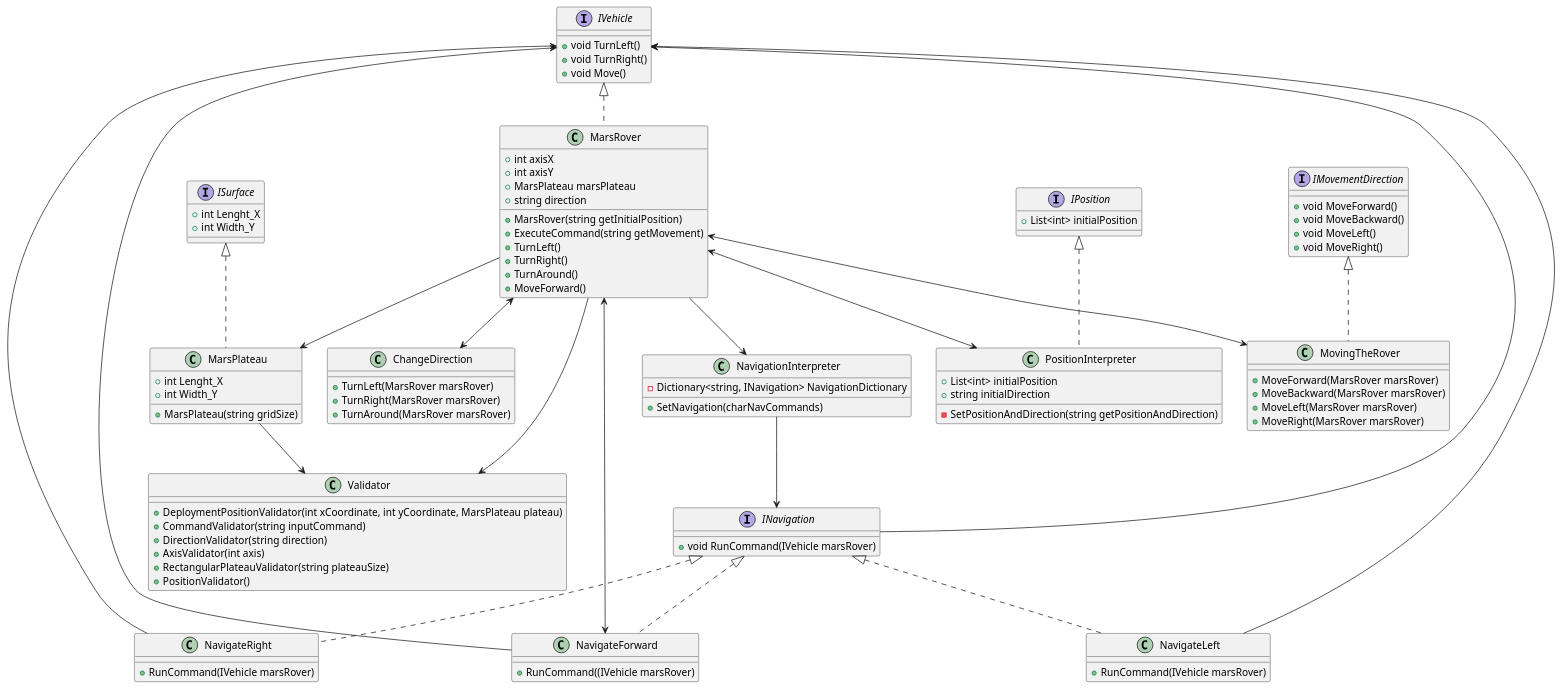
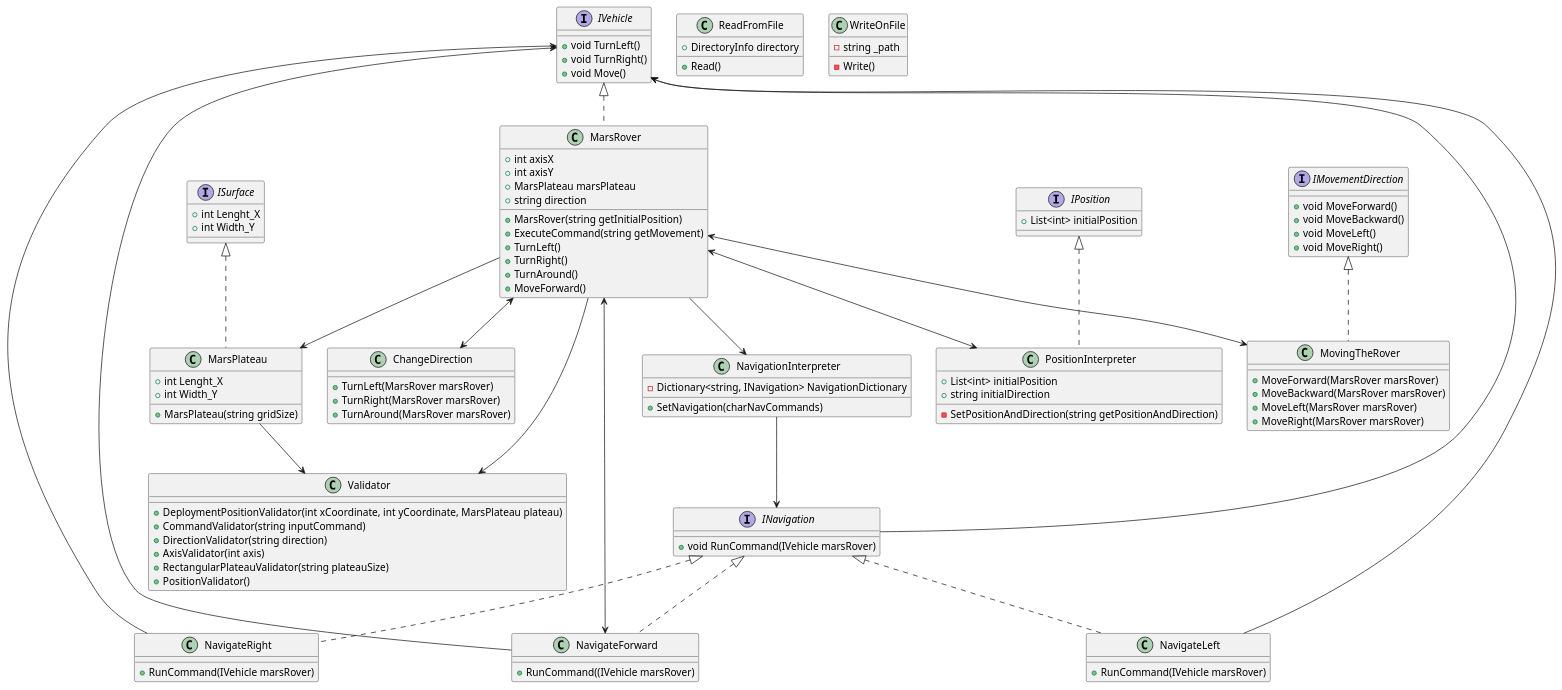
Before and after one commit to vahidkianfar/Mars-Rover-Project: the diagram in Mars-Rover-Project/UML-Diagram/MarsRover.puml, drawn with PlantUML. The commit also changed 1 other file, not shown here.

Commit message:
Updated UML-Diagram.

```diff
--- a/Mars-Rover-Project/UML-Diagram/MarsRover.puml
+++ b/Mars-Rover-Project/UML-Diagram/MarsRover.puml
@@ -1,119 +1,130 @@
 @startuml "MarsRover-Kata-UML.png"
 
 interface IVehicle
 {
 + void TurnLeft()
 + void TurnRight()
 + void Move()
 }
 
 interface ISurface
 {
 + int Lenght_X
 + int Width_Y
 }
 
 interface IPosition
 {
 + List<int> initialPosition
 }
 
 interface INavigation
 {
 + void RunCommand(IVehicle marsRover)
 }
 
 interface IMovementDirection
 {
 + void MoveForward()
 + void MoveBackward()
 + void MoveLeft()
 + void MoveRight()
 }
 
 class MarsRover implements IVehicle
 {
 + int axisX
 + int axisY
 + MarsPlateau marsPlateau
 + string direction
 + MarsRover(string getInitialPosition)
 + ExecuteCommand(string getMovement)
 + TurnLeft()
 + TurnRight()
 + TurnAround()
 + MoveForward()
 }
 class MarsPlateau implements ISurface
 {
 + int Lenght_X
 + int Width_Y
 + MarsPlateau(string gridSize)
 }
 class NavigateLeft implements INavigation
 {
 + RunCommand(IVehicle marsRover)
 }
 
 class NavigateRight implements INavigation
 {
 + RunCommand(IVehicle marsRover)
 }
 class PositionInterpreter implements IPosition
 {
 + List<int> initialPosition
 + string initialDirection
 - SetPositionAndDirection(string getPositionAndDirection)
 }
 class NavigateForward implements INavigation
 {
 + RunCommand((IVehicle marsRover)
 }
 class NavigationInterpreter
 {
 - Dictionary<string, INavigation> NavigationDictionary
 + SetNavigation(charNavCommands)
 }
 class ChangeDirection
 {
 + TurnLeft(MarsRover marsRover)
 + TurnRight(MarsRover marsRover)
 + TurnAround(MarsRover marsRover)
 }
 
 class MovingTheRover implements IMovementDirection
 {
 + MoveForward(MarsRover marsRover)
 + MoveBackward(MarsRover marsRover)
 + MoveLeft(MarsRover marsRover)
 + MoveRight(MarsRover marsRover)
 }
 class Validator
 {
 + DeploymentPositionValidator(int xCoordinate, int yCoordinate, MarsPlateau plateau)
 + CommandValidator(string inputCommand)
 + DirectionValidator(string direction)
 + AxisValidator(int axis)
 + RectangularPlateauValidator(string plateauSize)
 + PositionValidator()
 }
+
+class ReadFromFile
+{
++ DirectoryInfo directory
++ Read()
+}
+class WriteOnFile
+{
+- string _path
+- Write()
+}
 INavigation --> IVehicle
 MarsRover <--> ChangeDirection
 MarsRover <--> MovingTheRover
 MarsRover <--> NavigateForward
 MarsRover <--> PositionInterpreter
 MarsRover --> MarsPlateau
 MarsRover --> NavigationInterpreter
 MarsRover --> Validator
 
 
 NavigateLeft --> IVehicle
 NavigateRight --> IVehicle
 NavigateForward --> IVehicle
 
 NavigationInterpreter --> INavigation
 
 MarsPlateau --> Validator
 
 
 @enduml
```
